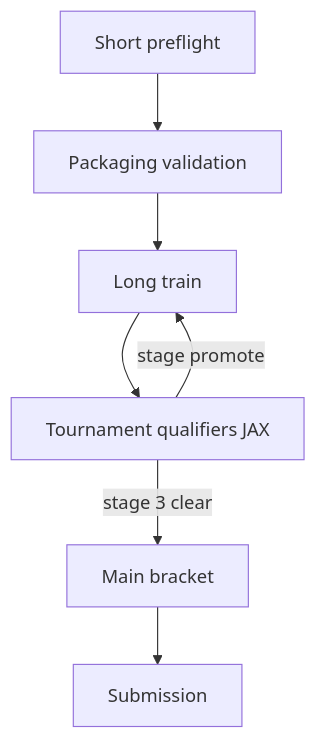
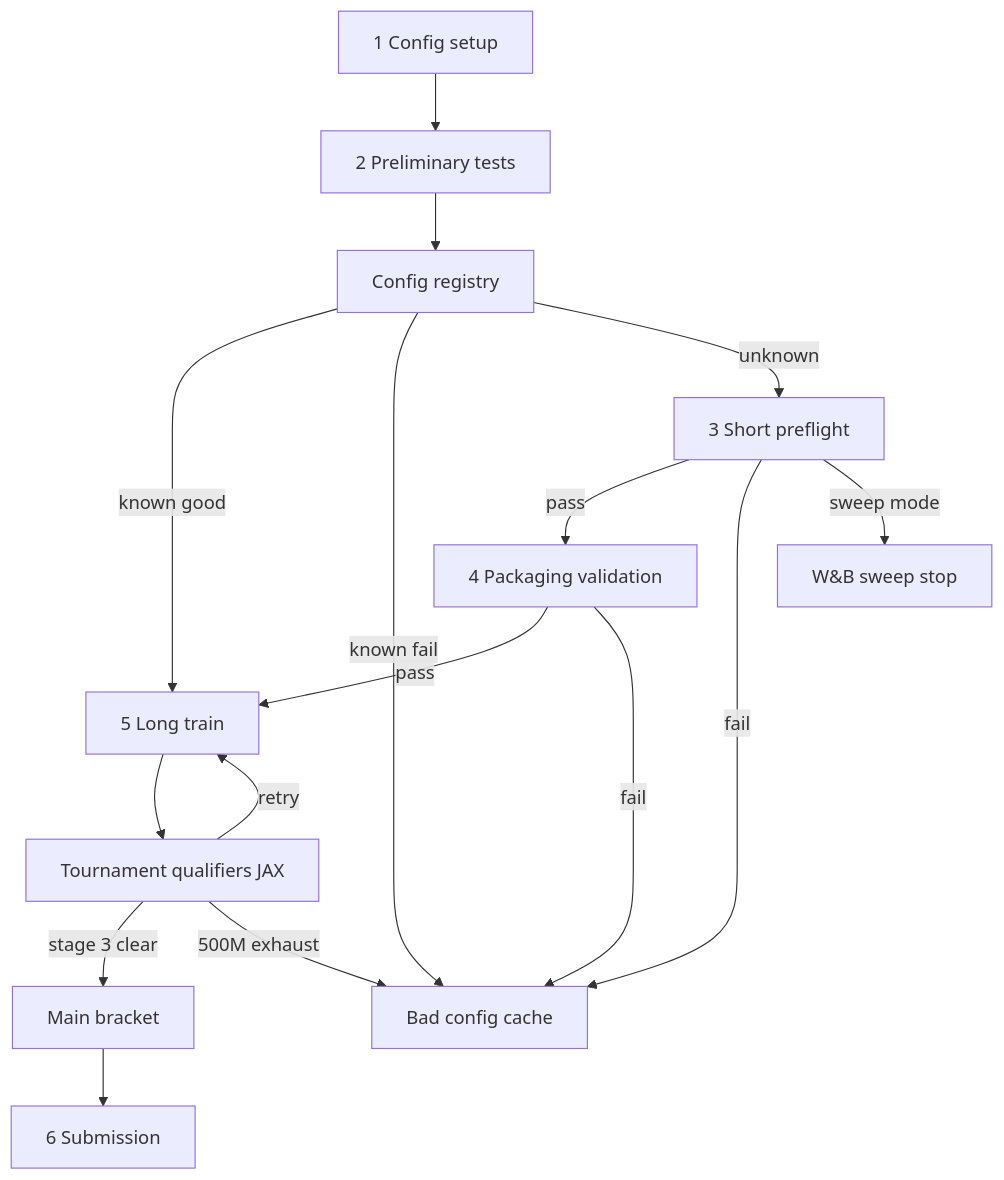
Before and after one commit to jmduea/orbit_wars: the first of 2 diagrams in docs/plans/2026-06-03-013-feat-ssot-training-pipeline-plan.md, drawn with Mermaid. The commit also changed other lines of this file, not shown here.

First line of the commit message:
docs(plan): align SSOT pipeline plan with operator flowchart

````diff
--- a/docs/plans/2026-06-03-013-feat-ssot-training-pipeline-plan.md
+++ b/docs/plans/2026-06-03-013-feat-ssot-training-pipeline-plan.md
@@ -68,14 +100,28 @@
 ```mermaid
 flowchart TD
-  PF[Short preflight]
-  PV[Packaging validation]
-  LT[Long train]
-  TQ[Tournament qualifiers JAX]
-  MB[Main bracket]
-  SUB[Submission]
-  PF --> PV --> LT
+  C["1 Config setup"]
+  T["2 Preliminary tests"]
+  REG["Config registry"]
+  PF["3 Short preflight"]
+  PV["4 Packaging validation"]
+  LT["5 Long train"]
+  TQ["Tournament qualifiers JAX"]
+  MB["Main bracket"]
+  SUB["6 Submission"]
+  BAD["Bad config cache"]
+  SW["W&B sweep stop"]
+  C --> T --> REG
+  REG -->|known good| LT
+  REG -->|known fail| BAD
+  REG -->|unknown| PF
+  PF -->|pass| PV
+  PF -->|fail| BAD
+  PF -->|sweep mode| SW
+  PV -->|pass| LT
+  PV -->|fail| BAD
   LT --> TQ
-  TQ -->|stage promote| LT
+  TQ -->|retry| LT
   TQ -->|stage 3 clear| MB
+  TQ -->|500M exhaust| BAD
   MB --> SUB
 ```
````
